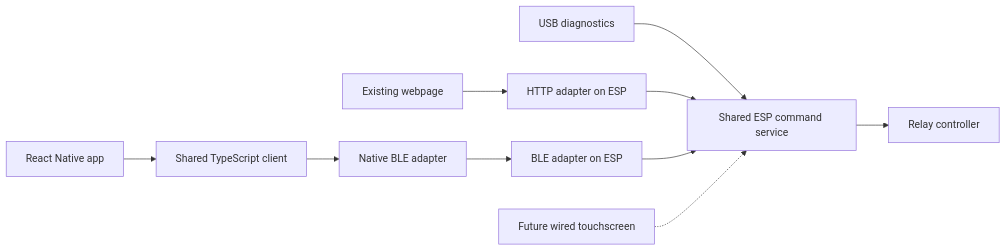
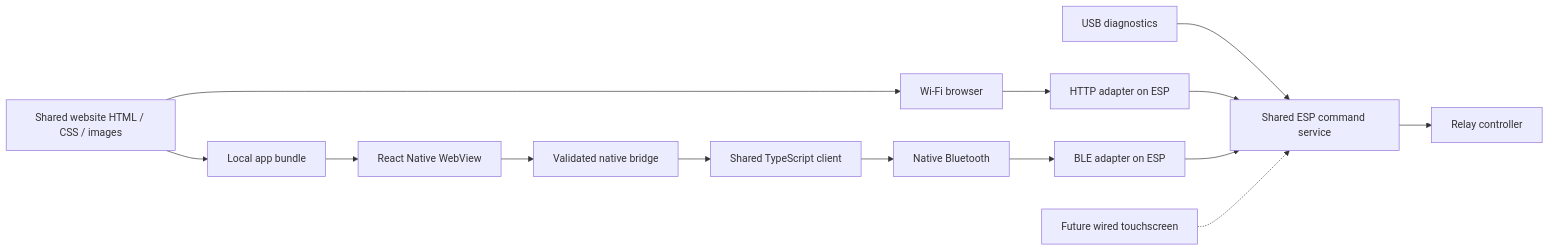
Before and after one commit to zdiubaldo/nordic-ski-controller: the diagram in docs/mobile-trial.md, drawn with Mermaid. The commit also changed other lines of this file and 13 other files, not shown here.

Commit message:
Reuse the website interface in the native BLE app

````diff
--- a/docs/mobile-trial.md
+++ b/docs/mobile-trial.md
@@ -24,12 +38,16 @@
 ```mermaid
 flowchart LR
-  Web[Existing webpage] --> HTTP[HTTP adapter on ESP]
-  App[React Native app] --> Shared[Shared TypeScript client]
-  Shared --> BLE[Native BLE adapter]
+  Source[Shared website HTML / CSS / images] --> Browser[Wi-Fi browser]
+  Source --> Bundle[Local app bundle]
+  Bundle --> View[React Native WebView]
+  Browser --> HTTP[HTTP adapter on ESP]
+  View --> Bridge[Validated native bridge]
+  Bridge --> Shared[Shared TypeScript client]
+  Shared --> BLE[Native Bluetooth]
   BLE --> ESPBLE[BLE adapter on ESP]
   USB[USB diagnostics] --> Service[Shared ESP command service]
   HTTP --> Service
   ESPBLE --> Service
   Wired[Future wired touchscreen] -.-> Service
   Service --> Relays[Relay controller]
 ```
````
